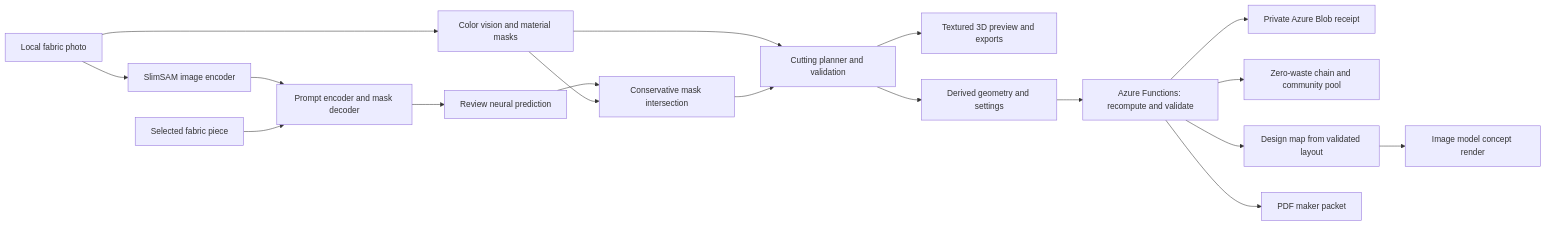
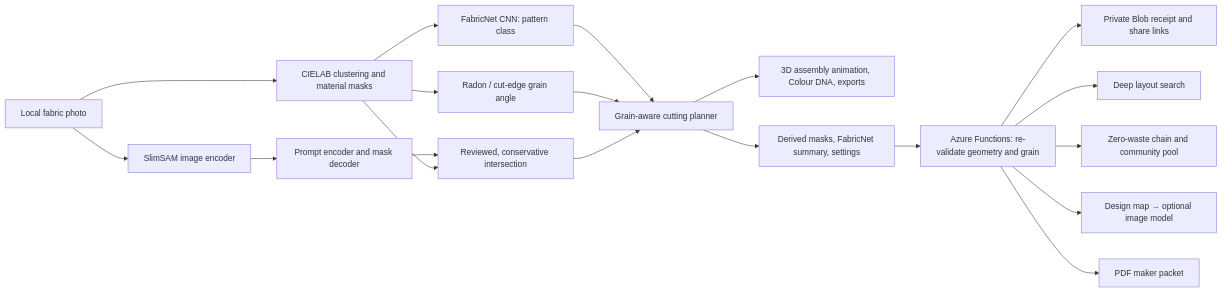
The diagram in README.md (Siddhanthkjain2005/Banana_Hacks), drawn with Mermaid before and after one commit. The commit also changed other lines of this file and 49 other files, not shown here.

First line of the commit message:
Integrate FabricNet, grain-aware 3D studio, and Azure maker lab

````diff
--- a/README.md
+++ b/README.md
@@ -48,20 +65,21 @@
 ```mermaid
 flowchart LR
-  P[Local fabric photo] --> C[Color vision and material masks]
+  P[Local fabric photo] --> C[CIELAB clustering and material masks]
   P --> E[SlimSAM image encoder]
   E --> D[Prompt encoder and mask decoder]
-  S[Selected fabric piece] --> D
-  D --> R[Review neural prediction]
-  R --> I[Conservative mask intersection]
-  C --> I
-  C --> N[Cutting planner and validation]
-  I --> N
-  N --> V[Textured 3D preview and exports]
-  N --> A[Derived geometry and settings]
-  A --> F[Azure Functions: recompute and validate]
-  F --> B[Private Azure Blob receipt]
+  D --> R[Reviewed, conservative intersection]
+  C --> R
+  C --> FN[FabricNet CNN: pattern class]
+  C --> G[Radon / cut-edge grain angle]
+  FN --> N[Grain-aware cutting planner]
+  G --> N
+  R --> N
+  N --> V[3D assembly animation, Colour DNA, exports]
+  N --> A[Derived masks, FabricNet summary, settings]
+  A --> F[Azure Functions: re-validate geometry and grain]
+  F --> B[Private Blob receipt and share links]
+  F --> O[Deep layout search]
   F --> Z[Zero-waste chain and community pool]
-  F --> M[Design map from validated layout]
-  M --> G[Image model concept render]
+  F --> M[Design map → optional image model]
   F --> K[PDF maker packet]
 ```
````
